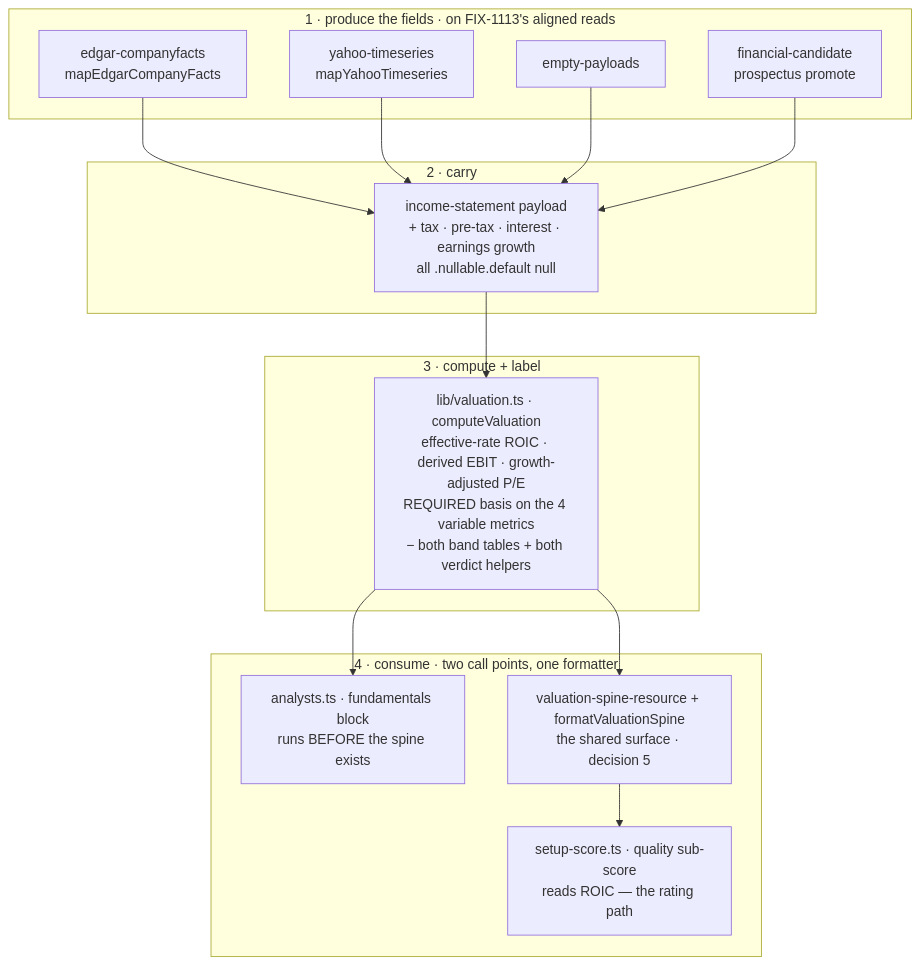
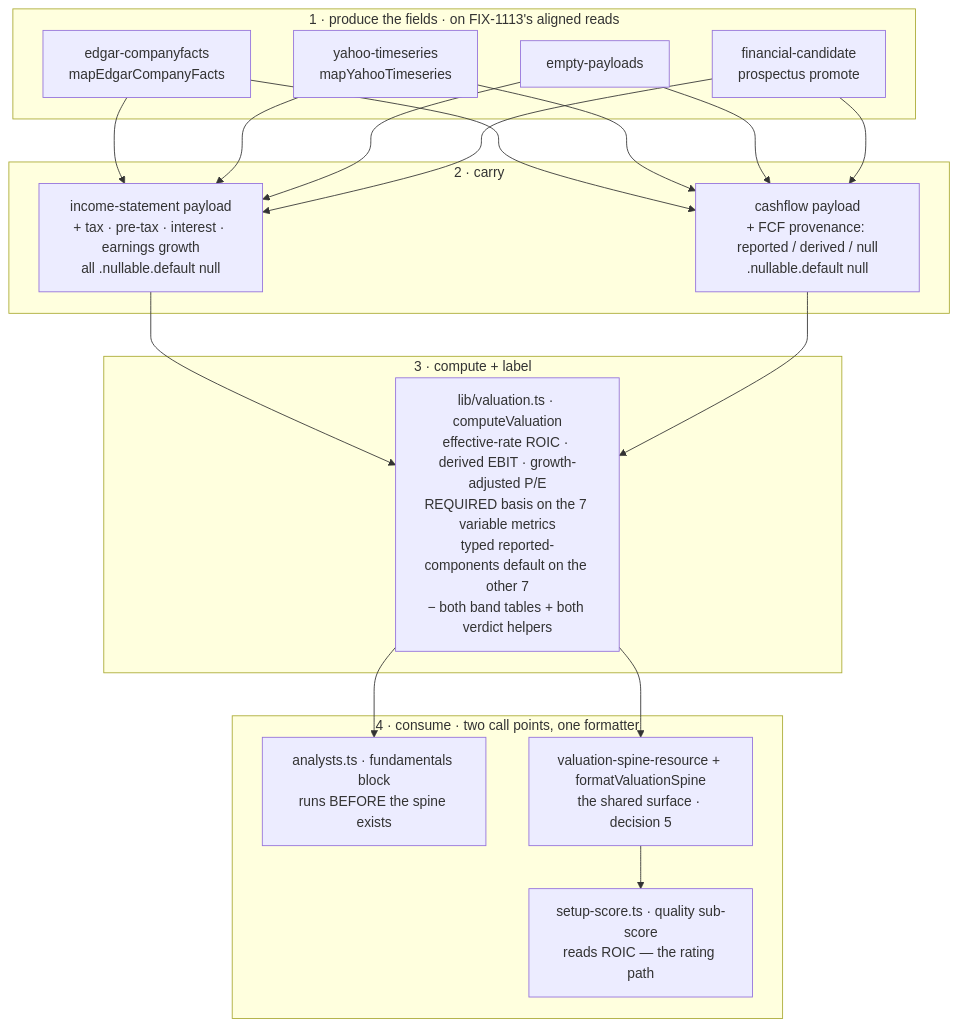
Before and after one commit to fixpoint-labs/flow-state-dev: the diagram in spec/FIX-1064.md, drawn with Mermaid. The commit also changed other lines of this file, not shown here.

````diff
--- a/spec/FIX-1064.md
+++ b/spec/FIX-1064.md
@@ -331,23 +366,25 @@
 ```mermaid
 flowchart TB
   subgraph produce[1 · produce the fields · on FIX-1113's aligned reads]
     ED[edgar-companyfacts<br/>mapEdgarCompanyFacts]
     YA[yahoo-timeseries<br/>mapYahooTimeseries]
     EP[empty-payloads]
     PR[financial-candidate<br/>prospectus promote]
   end
   subgraph carry[2 · carry]
     IS[income-statement payload<br/>+ tax · pre-tax · interest · earnings growth<br/>all .nullable.default null]
+    CF[cashflow payload<br/>+ FCF provenance: reported / derived / null<br/>.nullable.default null]
   end
   subgraph compute[3 · compute + label]
-    DV[lib/valuation.ts · computeValuation<br/>effective-rate ROIC · derived EBIT · growth-adjusted P/E<br/>REQUIRED basis on the 4 variable metrics<br/>− both band tables + both verdict helpers]
+    DV[lib/valuation.ts · computeValuation<br/>effective-rate ROIC · derived EBIT · growth-adjusted P/E<br/>REQUIRED basis on the 7 variable metrics<br/>typed reported-components default on the other 7<br/>− both band tables + both verdict helpers]
   end
   subgraph consume[4 · consume · two call points, one formatter]
     AN[analysts.ts · fundamentals block<br/>runs BEFORE the spine exists]
     SP[valuation-spine-resource + formatValuationSpine<br/>the shared surface · decision 5]
     QS[setup-score.ts · quality sub-score<br/>reads ROIC — the rating path]
   end
   ED & YA & EP & PR --> IS --> DV
+  ED & YA & EP & PR --> CF --> DV
   DV --> AN
   DV --> SP --> QS
 ```
````
